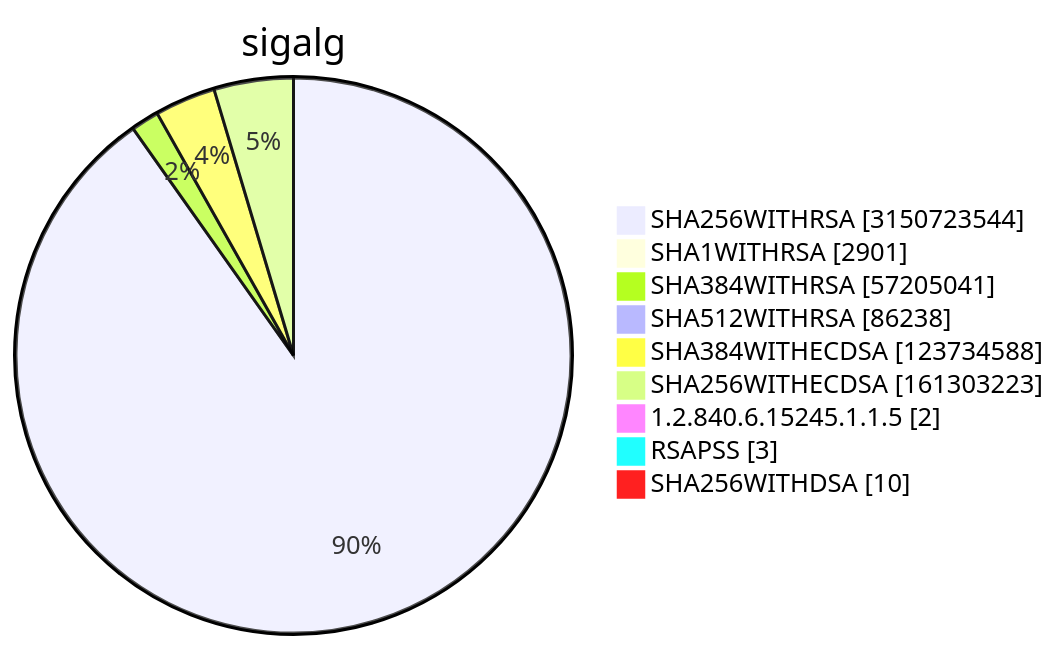
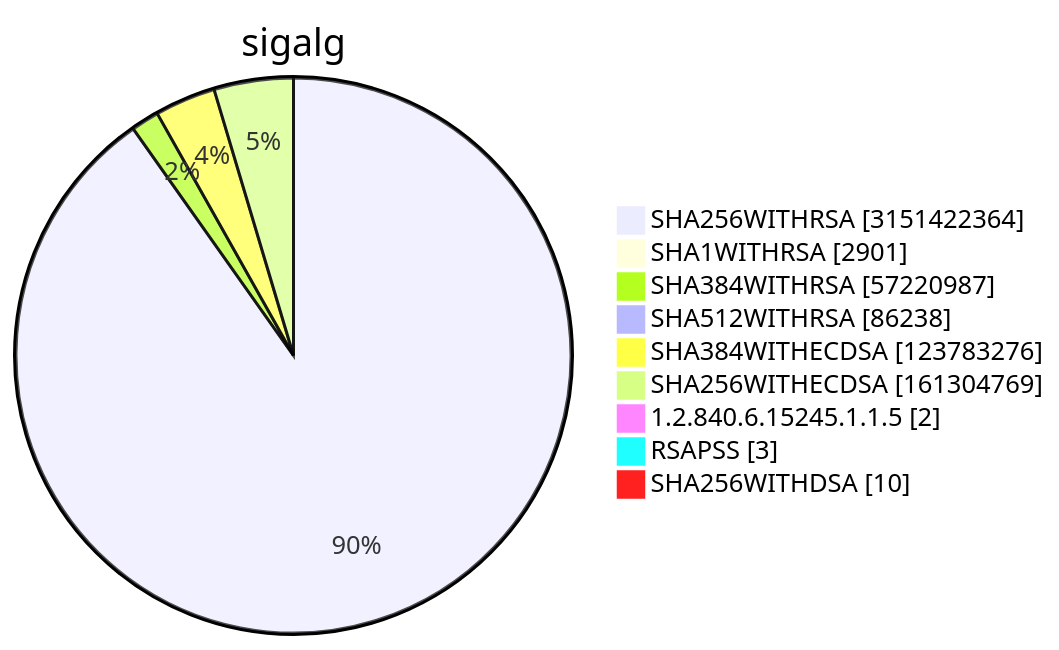
Diagram 15 of 15 in TOTAL/README.md (christiankrug/ctmonitor_visualization), drawn with Mermaid before and after one commit. The commit also changed other lines of this file, not shown here.

````diff
--- a/TOTAL/README.md
+++ b/TOTAL/README.md
@@ -6213,13 +6213,13 @@
 ```mermaid
 pie showData
 title sigalg
-"SHA256WITHRSA" :3150723544
+"SHA256WITHRSA" :3151422364
 "SHA1WITHRSA" :2901
-"SHA384WITHRSA" :57205041
+"SHA384WITHRSA" :57220987
 "SHA512WITHRSA" :86238
-"SHA384WITHECDSA" :123734588
-"SHA256WITHECDSA" :161303223
+"SHA384WITHECDSA" :123783276
+"SHA256WITHECDSA" :161304769
 "1.2.840.6.15245.1.1.5" :2
 "RSAPSS" :3
 "SHA256WITHDSA" :10
 ```
````
